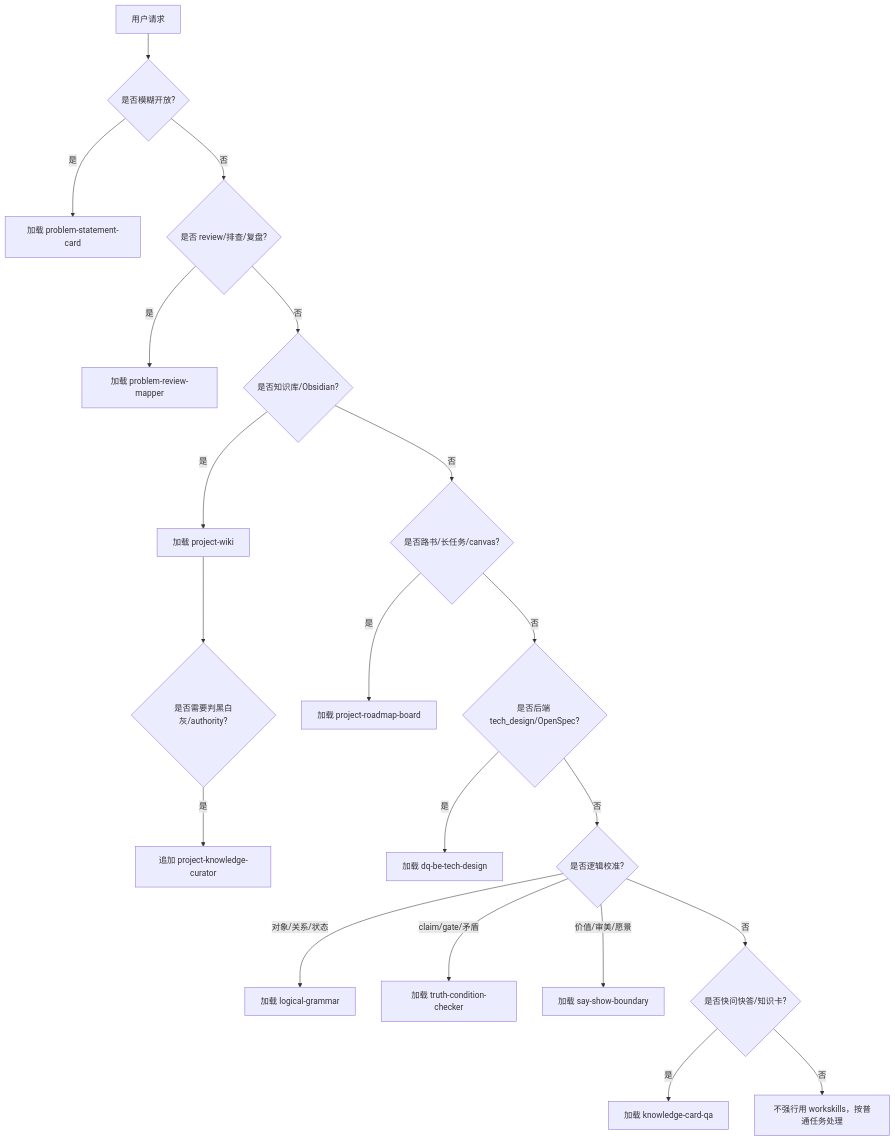
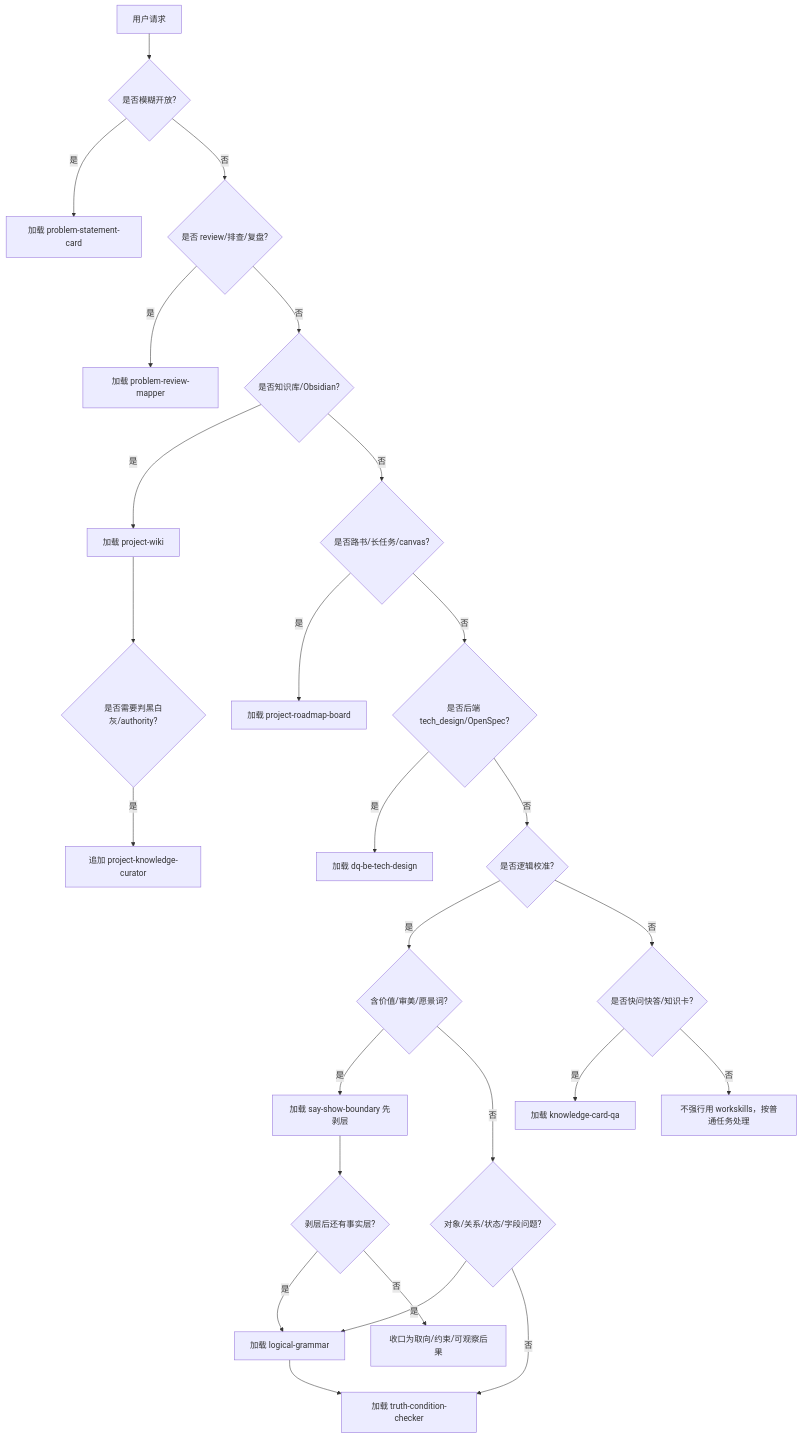
Before and after one commit to nds15763/workskills: the diagram in workskills-router/SKILL.md, drawn with Mermaid. The commit also changed other lines of this file and 5 other files, not shown here.

````diff
--- a/workskills-router/SKILL.md
+++ b/workskills-router/SKILL.md
@@ -45,22 +46,28 @@
 ```mermaid
 flowchart TD
   A["用户请求"] --> B{"是否模糊开放?"}
   B -- "是" --> C["加载 problem-statement-card"]
   B -- "否" --> D{"是否 review/排查/复盘?"}
   D -- "是" --> E["加载 problem-review-mapper"]
   D -- "否" --> F{"是否知识库/Obsidian?"}
   F -- "是" --> G["加载 project-wiki"]
   G --> H{"是否需要判黑白灰/authority?"}
   H -- "是" --> I["追加 project-knowledge-curator"]
   F -- "否" --> J{"是否路书/长任务/canvas?"}
   J -- "是" --> K["加载 project-roadmap-board"]
   J -- "否" --> L{"是否后端 tech_design/OpenSpec?"}
   L -- "是" --> M["加载 dq-be-tech-design"]
   L -- "否" --> N{"是否逻辑校准?"}
-  N -- "对象/关系/状态" --> O["加载 logical-grammar"]
-  N -- "claim/gate/矛盾" --> P["加载 truth-condition-checker"]
-  N -- "价值/审美/愿景" --> Q["加载 say-show-boundary"]
+  N -- "是" --> N0{"含价值/审美/愿景词?"}
+  N0 -- "是" --> Q["加载 say-show-boundary 先剥层"]
+  Q --> N1{"剥层后还有事实层?"}
+  N1 -- "是" --> O["加载 logical-grammar"]
+  N1 -- "否" --> Z["收口为取向/约束/可观察后果"]
+  N0 -- "否" --> N2{"对象/关系/状态/字段问题?"}
+  N2 -- "是" --> O
+  N2 -- "否" --> P["加载 truth-condition-checker"]
+  O --> P
   N -- "否" --> R{"是否快问快答/知识卡?"}
   R -- "是" --> S["加载 knowledge-card-qa"]
   R -- "否" --> T["不强行用 workskills，按普通任务处理"]
 ```
````
